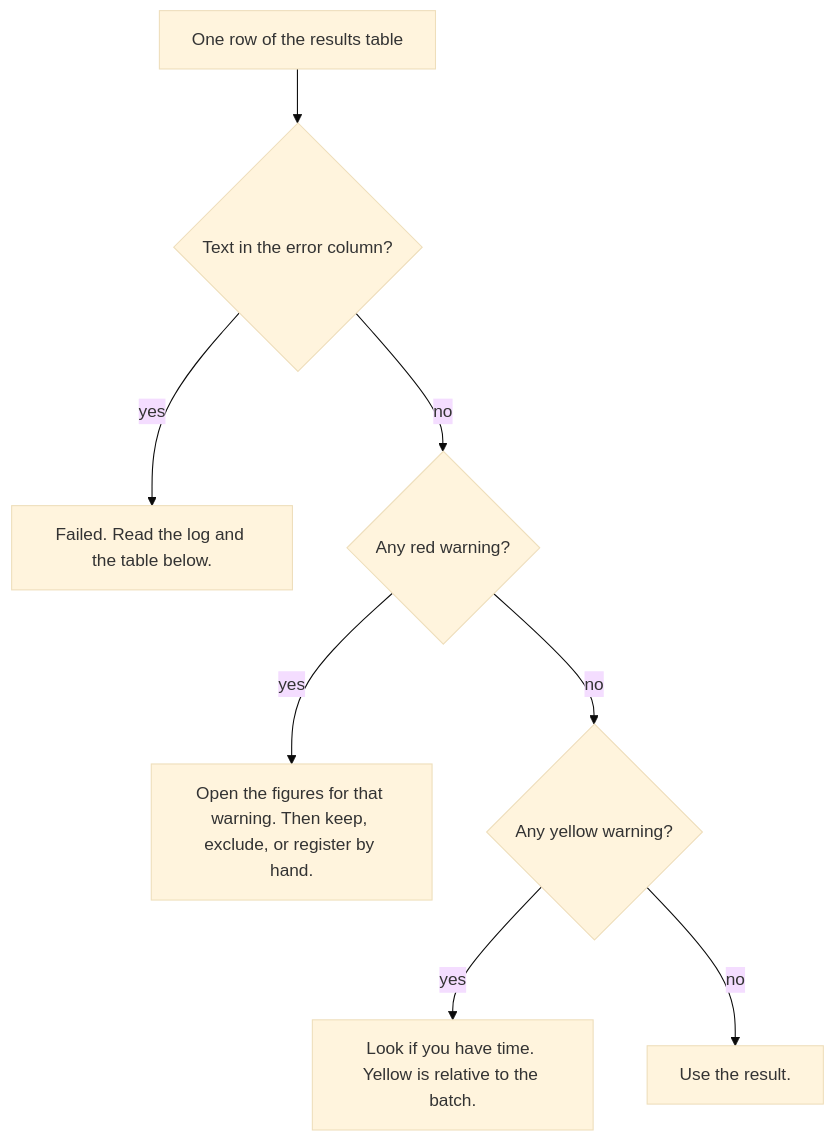
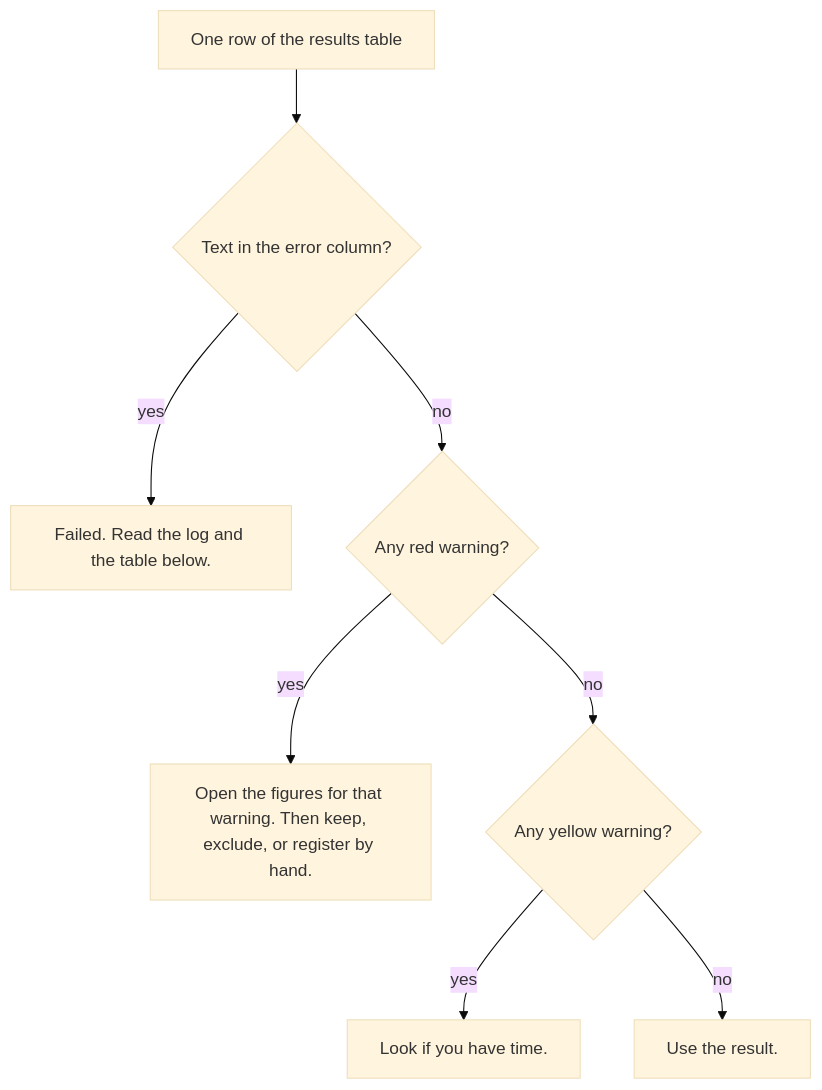
Before and after one commit to iabs-neuro/CellRegBatch: the diagram in Docs/GUIDE.md, drawn with Mermaid (base theme). The commit also changed other lines of this file and 8 other files, not shown here.

````diff
--- a/Docs/GUIDE.md
+++ b/Docs/GUIDE.md
@@ -169,10 +185,10 @@
 ```mermaid
 flowchart TD
     ROW["One row of the results table"] --> ERR{"Text in the error column?"}
     ERR -->|yes| FAIL["Failed. Read the log and the table below."]
     ERR -->|no| RED{"Any red warning?"}
     RED -->|yes| LOOK["Open the figures for that warning. Then keep, exclude, or register by hand."]
     RED -->|no| YEL{"Any yellow warning?"}
-    YEL -->|yes| MAYBE["Look if you have time. Yellow is relative to the batch."]
+    YEL -->|yes| MAYBE["Look if you have time."]
     YEL -->|no| OK["Use the result."]
 ```
````
